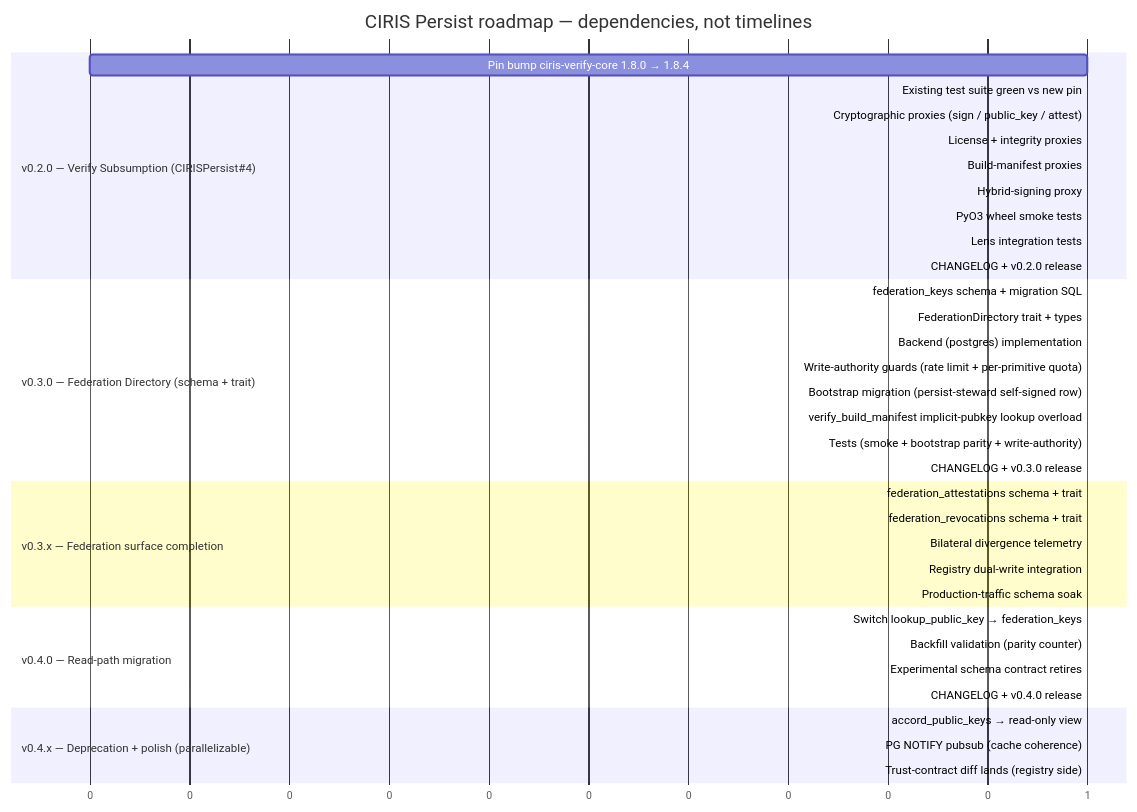
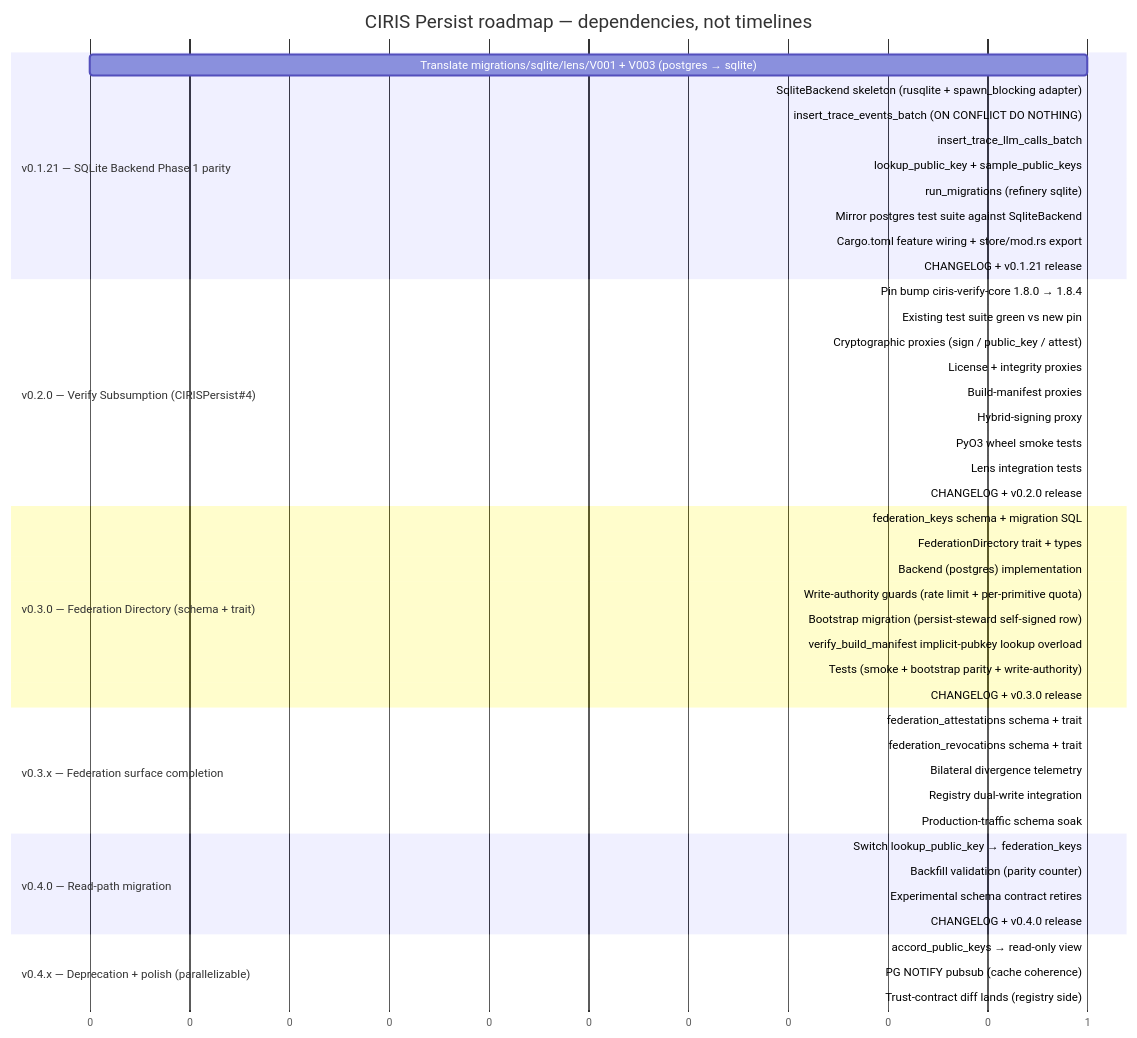
Before and after one commit to CIRISAI/CIRISPersist: the diagram in docs/ROADMAP.md, drawn with Mermaid. The commit also changed other lines of this file and 6 other files, not shown here.

First line of the commit message:
0.1.21 — SQLite Backend Phase 1 parity

````diff
--- a/docs/ROADMAP.md
+++ b/docs/ROADMAP.md
@@ -17,45 +17,56 @@
 ```mermaid
 gantt
     title CIRIS Persist roadmap — dependencies, not timelines
     dateFormat X
     axisFormat %s
 
+    section v0.1.21 — SQLite Backend Phase 1 parity
+    Translate migrations/sqlite/lens/V001 + V003 (postgres → sqlite)  :v121a, 0, 1
+    SqliteBackend skeleton (rusqlite + spawn_blocking adapter)        :v121b, after v121a, 1
+    insert_trace_events_batch (ON CONFLICT DO NOTHING)                :v121c1, after v121b, 1
+    insert_trace_llm_calls_batch                                      :v121c2, after v121b, 1
+    lookup_public_key + sample_public_keys                            :v121c3, after v121b, 1
+    run_migrations (refinery sqlite)                                  :v121c4, after v121b, 1
+    Mirror postgres test suite against SqliteBackend                  :v121d, after v121c1 v121c2 v121c3 v121c4, 1
+    Cargo.toml feature wiring + store/mod.rs export                   :v121e, after v121d, 1
+    CHANGELOG + v0.1.21 release                                       :v121f, after v121e, 1
+
     section v0.2.0 — Verify Subsumption (CIRISPersist#4)
-    Pin bump ciris-verify-core 1.8.0 → 1.8.4              :v20a, 0, 1
+    Pin bump ciris-verify-core 1.8.0 → 1.8.4              :v20a, after v121f, 1
     Existing test suite green vs new pin                  :v20b, after v20a, 1
     Cryptographic proxies (sign / public_key / attest)    :v20c1, after v20b, 1
     License + integrity proxies                           :v20c2, after v20b, 1
     Build-manifest proxies                                :v20c3, after v20b, 1
     Hybrid-signing proxy                                  :v20c4, after v20b, 1
     PyO3 wheel smoke tests                                :v20d, after v20c1 v20c2 v20c3 v20c4, 1
     Lens integration tests                                :v20e, after v20d, 1
     CHANGELOG + v0.2.0 release                            :v20f, after v20e, 1
 
     section v0.3.0 — Federation Directory (schema + trait)
     federation_keys schema + migration SQL                :v30a, after v20f, 1
     FederationDirectory trait + types                     :v30b, after v20f, 1
     Backend (postgres) implementation                     :v30c, after v30a v30b, 1
     Write-authority guards (rate limit + per-primitive quota)  :v30d, after v30c, 1
     Bootstrap migration (persist-steward self-signed row) :v30e, after v30c, 1
     verify_build_manifest implicit-pubkey lookup overload :v30f, after v30c, 1
     Tests (smoke + bootstrap parity + write-authority)    :v30g, after v30d v30e v30f, 1
     CHANGELOG + v0.3.0 release                            :v30h, after v30g, 1
 
     section v0.3.x — Federation surface completion
     federation_attestations schema + trait                :v3xa, after v30h, 1
     federation_revocations schema + trait                 :v3xb, after v30h, 1
     Bilateral divergence telemetry                        :v3xc, after v30h, 1
     Registry dual-write integration                       :v3xd, after v3xa v3xb v3xc, 1
     Production-traffic schema soak                        :v3xe, after v3xd, 1
 
     section v0.4.0 — Read-path migration
     Switch lookup_public_key → federation_keys            :v40a, after v3xe, 1
     Backfill validation (parity counter)                  :v40b, after v40a, 1
     Experimental schema contract retires                  :v40c, after v40b, 1
     CHANGELOG + v0.4.0 release                            :v40d, after v40c, 1
 
     section v0.4.x — Deprecation + polish (parallelizable)
     accord_public_keys → read-only view                   :v4xa, after v40d, 1
     PG NOTIFY pubsub (cache coherence)                    :v4xb, after v40d, 1
     Trust-contract diff lands (registry side)             :v4xc, after v40d, 1
 ```
````
